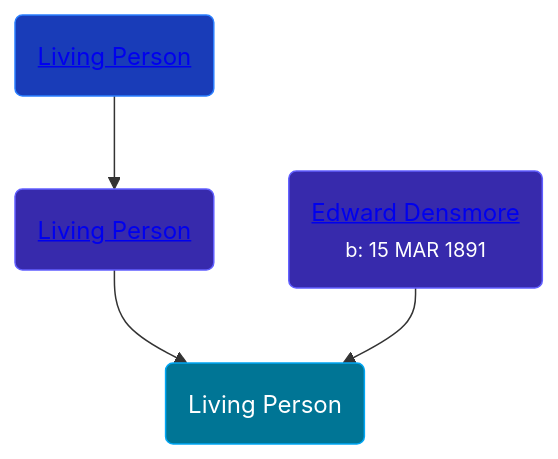
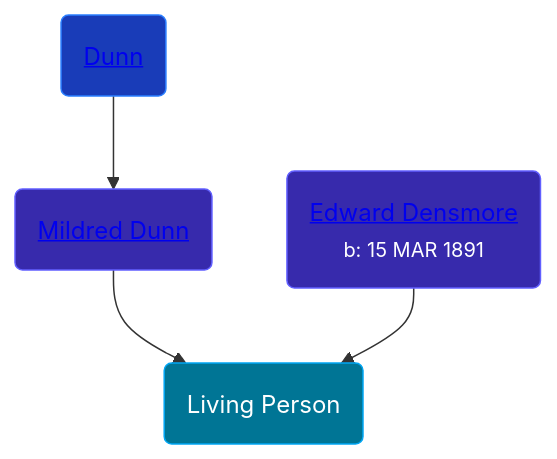
The diagram in pages/people/7/79059120.md (wpmgotkh/wpmgotkh.github.io), drawn with Mermaid before and after one commit. The commit also changed other lines of this file and 586 other files, not shown here.

Commit message:
feat: better shouldConsiderPersonLiving algo

````diff
--- a/pages/people/7/79059120.md
+++ b/pages/people/7/79059120.md
@@ -10,10 +10,10 @@
 ```mermaid
 graph
 classDef grands fill:#193cb8,stroke:#2b7fff,stroke-width:1px,color:#fff;
 classDef parents fill:#372aac,stroke:#615fff,stroke-width:1px,color:#fff;
 classDef primary fill:#007595,stroke:#00a6f4,stroke-width:1px,color:#fff;
 79059120(Living Person):::primary
-7869963(<a class="text-white" href="/people/7/7869963">Living Person</a>):::parents-->79059120
-14066328(<a class="text-white" href="/people/1/14066328">Living Person</a>):::grands-->7869963
+7869963(<a class="text-white" href="/people/7/7869963">Mildred Dunn</a>):::parents-->79059120
+14066328(<a class="text-white" href="/people/1/14066328">Dunn</a>):::grands-->7869963
 75117844(<a class="text-white" href="/people/7/75117844">Edward Densmore</a><br /><small>b: 15 MAR 1891</small>):::parents-->79059120
 ```
````
